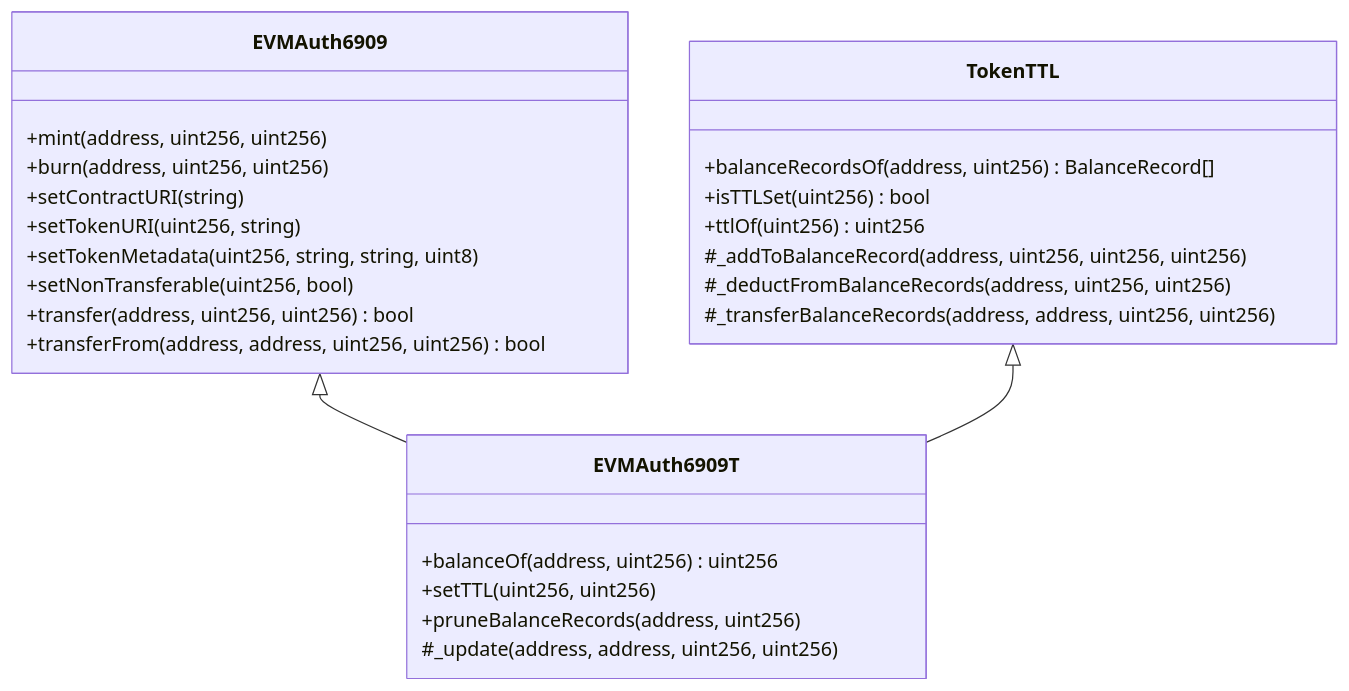
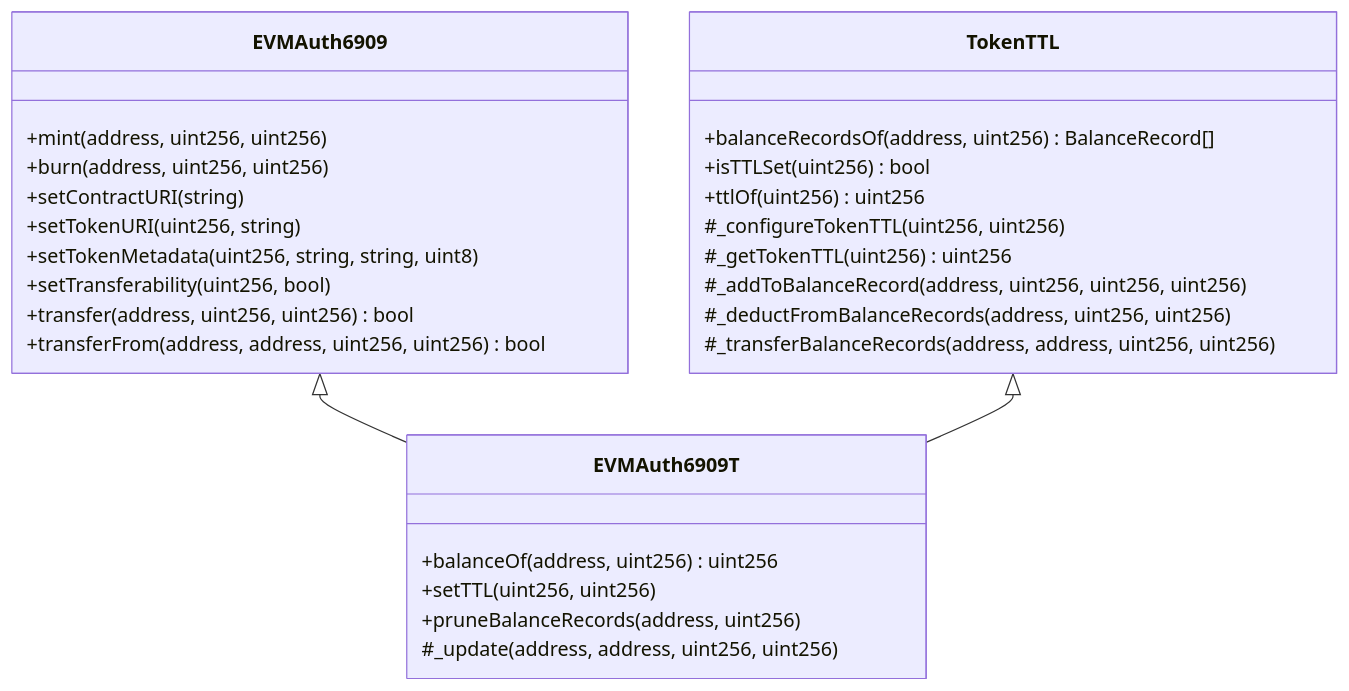
Before and after one commit to glanzz/evmauth-core: diagram 16 of 18 in src/README.md, drawn with Mermaid. The commit also changed other lines of this file and 9 other files, not shown here.

````diff
--- a/src/README.md
+++ b/src/README.md
@@ -764,30 +852,32 @@
 ```mermaid
 classDiagram
     class EVMAuth6909{
         +mint(address, uint256, uint256)
         +burn(address, uint256, uint256)
         +setContractURI(string)
         +setTokenURI(uint256, string)
         +setTokenMetadata(uint256, string, string, uint8)
-        +setNonTransferable(uint256, bool)
+        +setTransferability(uint256, bool)
         +transfer(address, uint256, uint256) bool
         +transferFrom(address, address, uint256, uint256) bool
     }
     class TokenTTL{
         +balanceRecordsOf(address, uint256) BalanceRecord[]
         +isTTLSet(uint256) bool
         +ttlOf(uint256) uint256
+        #_configureTokenTTL(uint256, uint256)
+        #_getTokenTTL(uint256) uint256
         #_addToBalanceRecord(address, uint256, uint256, uint256)
         #_deductFromBalanceRecords(address, uint256, uint256)
         #_transferBalanceRecords(address, address, uint256, uint256)
     }
     class EVMAuth6909T{
         +balanceOf(address, uint256) uint256
         +setTTL(uint256, uint256)
         +pruneBalanceRecords(address, uint256)
         #_update(address, address, uint256, uint256)
     }
     
     EVMAuth6909 <|-- EVMAuth6909T
     TokenTTL <|-- EVMAuth6909T
 ```
````
